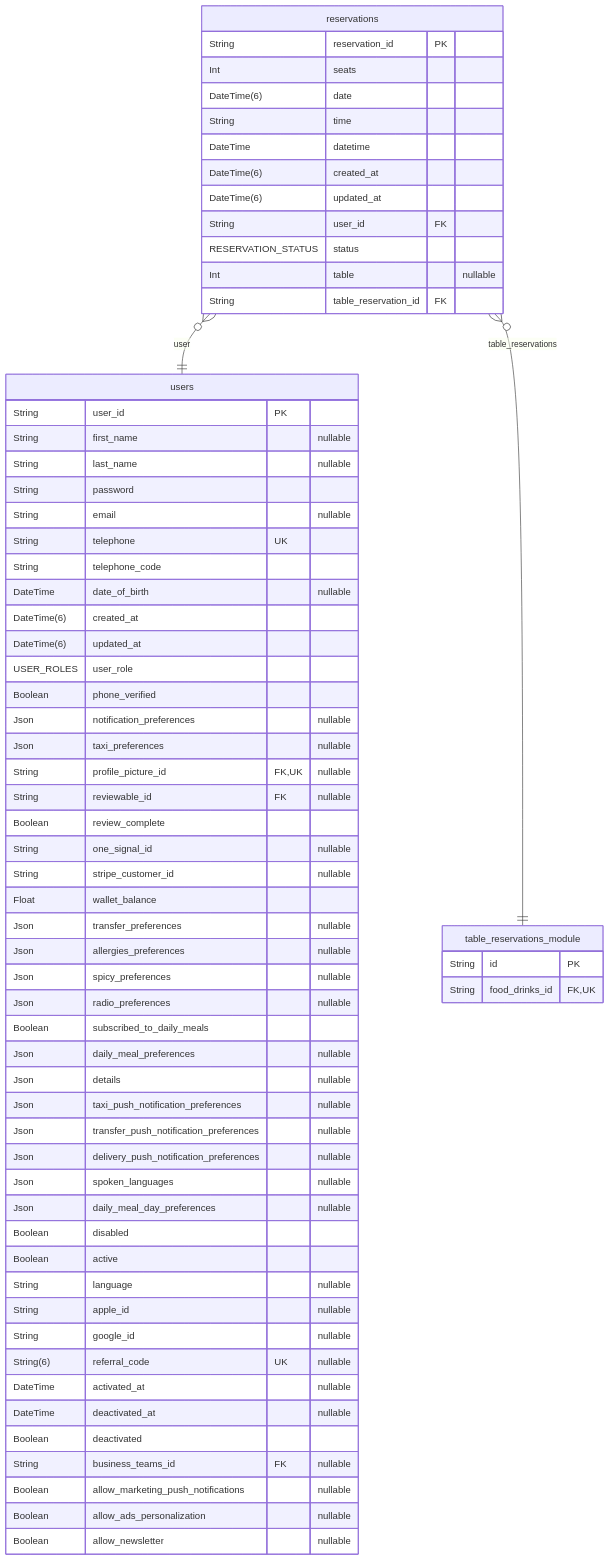
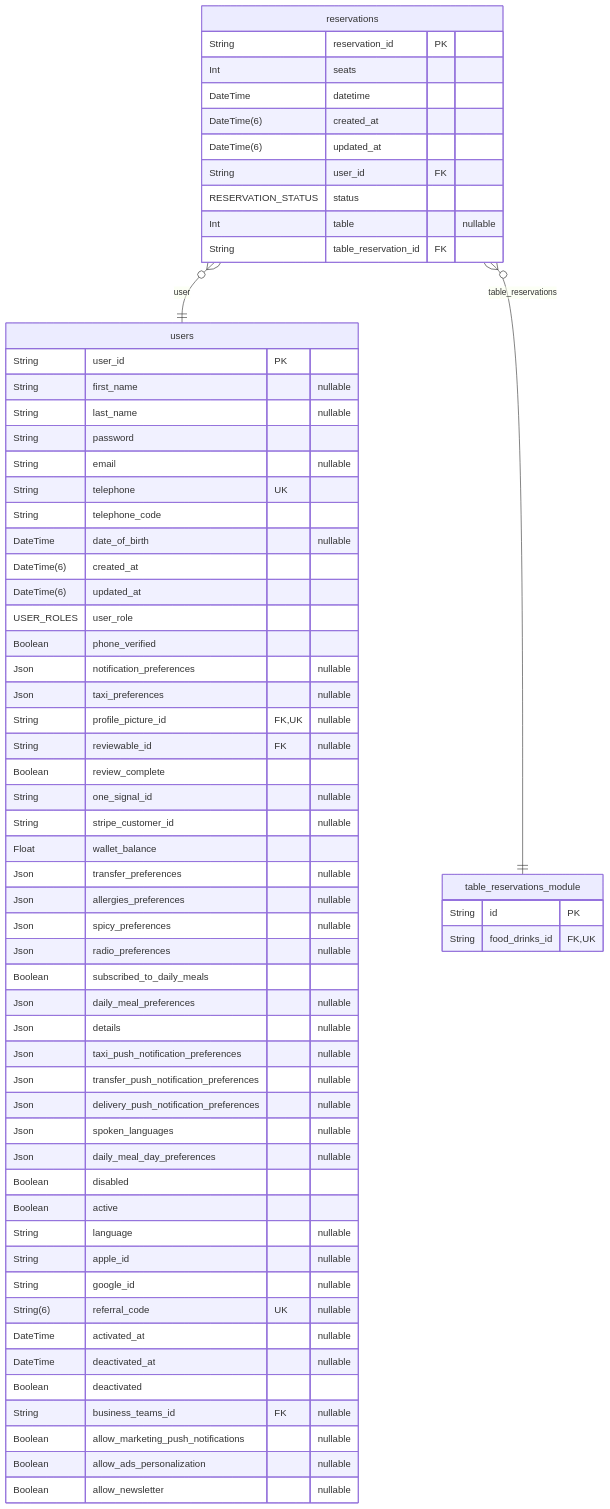
Before and after one commit to pbozic/be-analyisis: diagram 27 of 40 in prisma/schemas/ERD.md, drawn with Mermaid. The commit also changed other lines of this file and 50 other files, not shown here.

````diff
--- a/prisma/schemas/ERD.md
+++ b/prisma/schemas/ERD.md
@@ -4845,69 +4845,67 @@
 ```mermaid
 erDiagram
 "table_reservations_module" {
   String id PK
   String food_drinks_id FK,UK
 }
 "reservations" {
   String reservation_id PK
   Int seats
-  DateTime(6) date
-  String time
   DateTime datetime
   DateTime(6) created_at
   DateTime(6) updated_at
   String user_id FK
   RESERVATION_STATUS status
   Int table "nullable"
   String table_reservation_id FK
 }
 "users" {
   String user_id PK
   String first_name "nullable"
   String last_name "nullable"
   String password
   String email "nullable"
   String telephone UK
   String telephone_code
   DateTime date_of_birth "nullable"
   DateTime(6) created_at
   DateTime(6) updated_at
   USER_ROLES user_role
   Boolean phone_verified
   Json notification_preferences "nullable"
   Json taxi_preferences "nullable"
   String profile_picture_id FK,UK "nullable"
   String reviewable_id FK "nullable"
   Boolean review_complete
   String one_signal_id "nullable"
   String stripe_customer_id "nullable"
   Float wallet_balance
   Json transfer_preferences "nullable"
   Json allergies_preferences "nullable"
   Json spicy_preferences "nullable"
   Json radio_preferences "nullable"
   Boolean subscribed_to_daily_meals
   Json daily_meal_preferences "nullable"
   Json details "nullable"
   Json taxi_push_notification_preferences "nullable"
   Json transfer_push_notification_preferences "nullable"
   Json delivery_push_notification_preferences "nullable"
   Json spoken_languages "nullable"
   Json daily_meal_day_preferences "nullable"
   Boolean disabled
   Boolean active
   String language "nullable"
   String apple_id "nullable"
   String google_id "nullable"
   String(6) referral_code UK "nullable"
   DateTime activated_at "nullable"
   DateTime deactivated_at "nullable"
   Boolean deactivated
   String business_teams_id FK "nullable"
   Boolean allow_marketing_push_notifications "nullable"
   Boolean allow_ads_personalization "nullable"
   Boolean allow_newsletter "nullable"
 }
 "reservations" }o--|| "users" : user
 "reservations" }o--|| "table_reservations_module" : table_reservations
 ```
````
